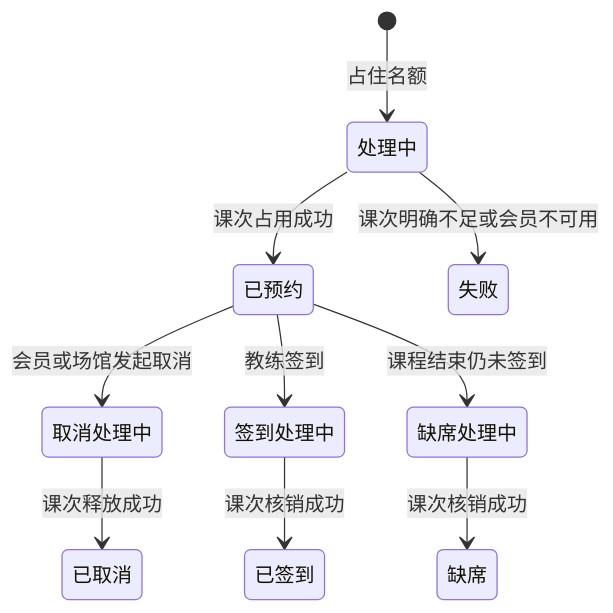
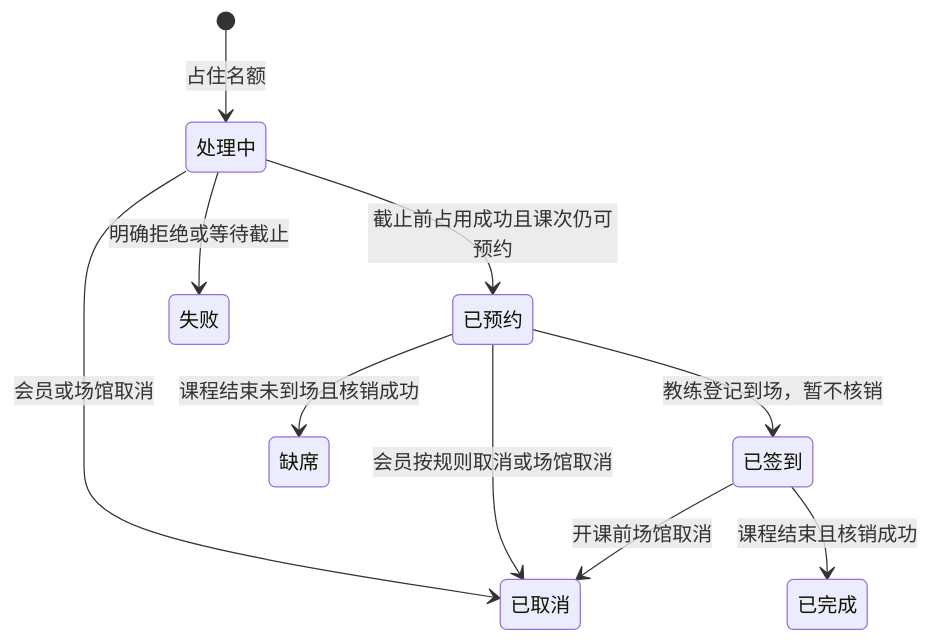
One commit to RinnaoOKW/FlowYoga changed the diagram in docs/02-业务规则.md. Above: the diagram before and after it, drawn with Mermaid. The commit also changed other lines of this file and 9 other files, not shown here.

````diff
--- a/docs/02-业务规则.md
+++ b/docs/02-业务规则.md
@@ -67,12 +69,12 @@
 ```mermaid
 stateDiagram-v2
     [*] --> 处理中: 占住名额
-    处理中 --> 已预约: 课次占用成功
-    处理中 --> 失败: 课次明确不足或会员不可用
-    已预约 --> 取消处理中: 会员或场馆发起取消
-    取消处理中 --> 已取消: 课次释放成功
-    已预约 --> 签到处理中: 教练签到
-    签到处理中 --> 已签到: 课次核销成功
-    已预约 --> 缺席处理中: 课程结束仍未签到
-    缺席处理中 --> 缺席: 课次核销成功
+    处理中 --> 已预约: 截止前占用成功且课次仍可预约
+    处理中 --> 失败: 明确拒绝或等待截止
+    处理中 --> 已取消: 会员或场馆取消
+    已预约 --> 已取消: 会员按规则取消或场馆取消
+    已预约 --> 已签到: 教练登记到场，暂不核销
+    已签到 --> 已取消: 开课前场馆取消
+    已签到 --> 已完成: 课程结束且核销成功
+    已预约 --> 缺席: 课程结束未到场且核销成功
 ```
````
